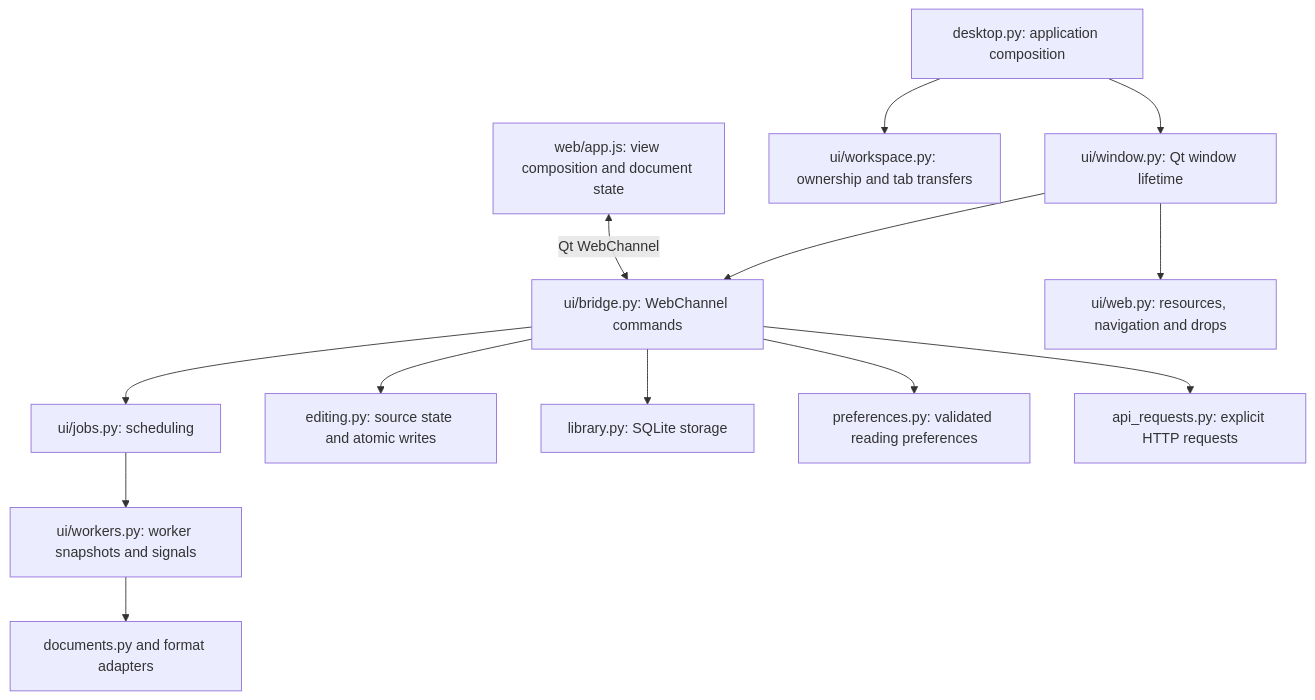
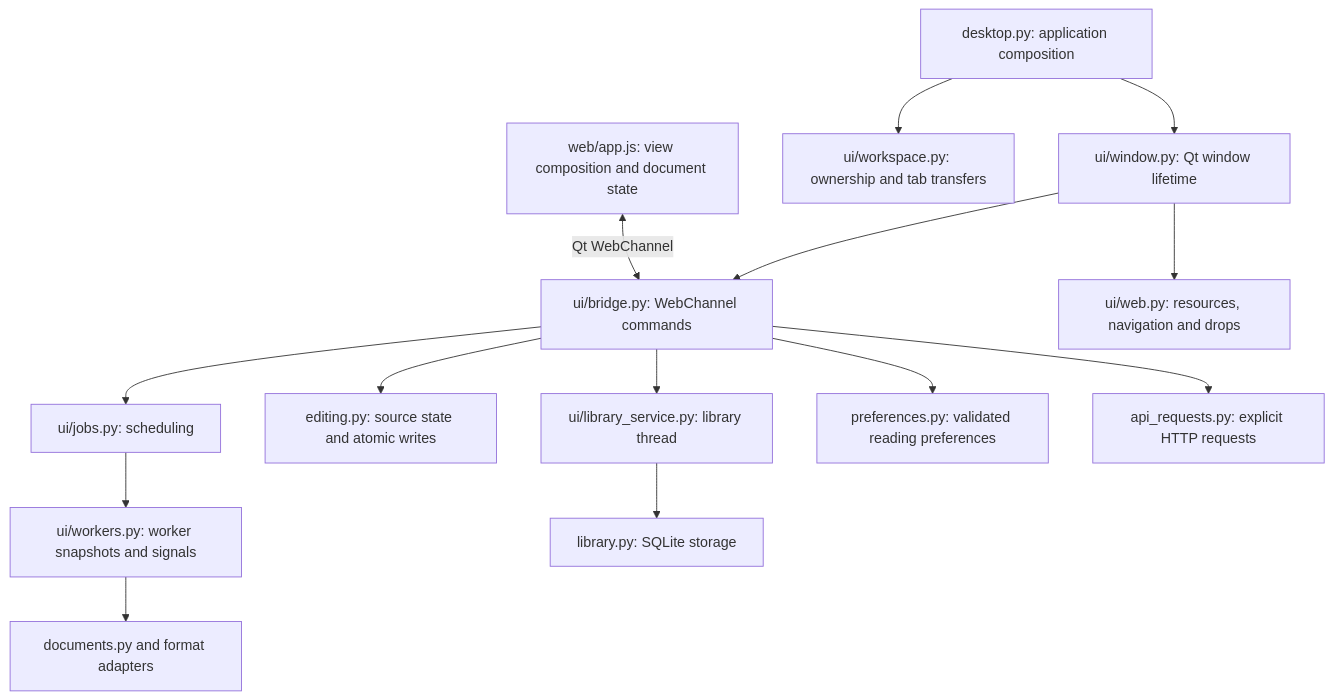
The diagram in ARCHITECTURE.md (mehmed18q/Khana), drawn with Mermaid before and after one commit. The commit also changed other lines of this file and 43 other files, not shown here.

````diff
--- a/ARCHITECTURE.md
+++ b/ARCHITECTURE.md
@@ -11,15 +11,16 @@
 ```mermaid
 flowchart TD
     Entry[desktop.py: application composition] --> Windows[ui/window.py: Qt window lifetime]
     Entry --> Manager[ui/workspace.py: ownership and tab transfers]
     Windows --> Bridge[ui/bridge.py: WebChannel commands]
     Windows --> Web[ui/web.py: resources, navigation and drops]
     Bridge --> Jobs[ui/jobs.py: scheduling]
     Jobs --> Workers[ui/workers.py: worker snapshots and signals]
     Workers --> Documents[documents.py and format adapters]
     Bridge --> Sessions[editing.py: source state and atomic writes]
-    Bridge --> Library[library.py: SQLite storage]
+    Bridge --> LibraryThread[ui/library_service.py: library thread]
+    LibraryThread --> Library[library.py: SQLite storage]
     Bridge --> Preferences[preferences.py: validated reading preferences]
     Bridge --> HTTP[api_requests.py: explicit HTTP requests]
     UI[web/app.js: view composition and document state] <-->|Qt WebChannel| Bridge
 ```
````
